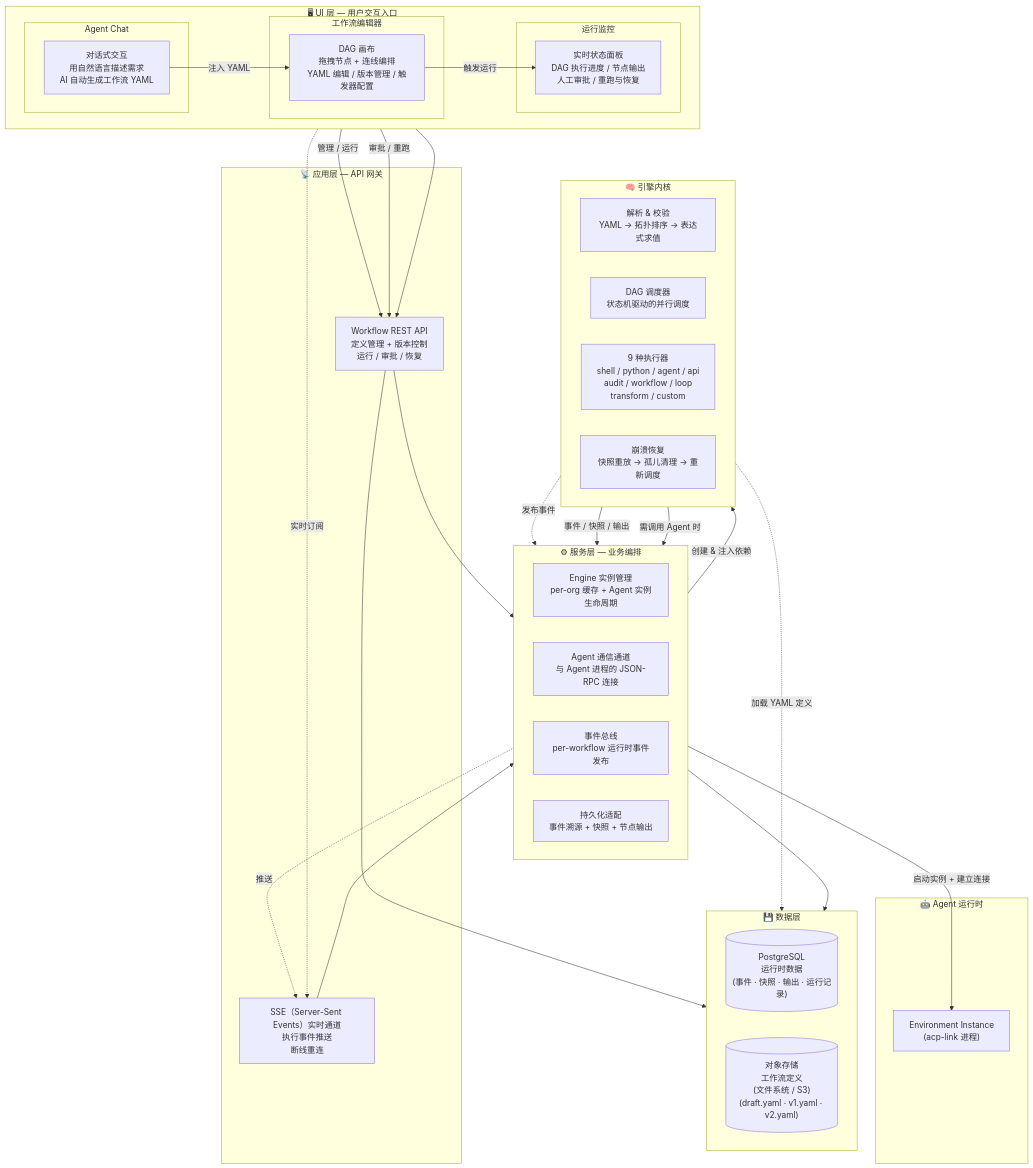
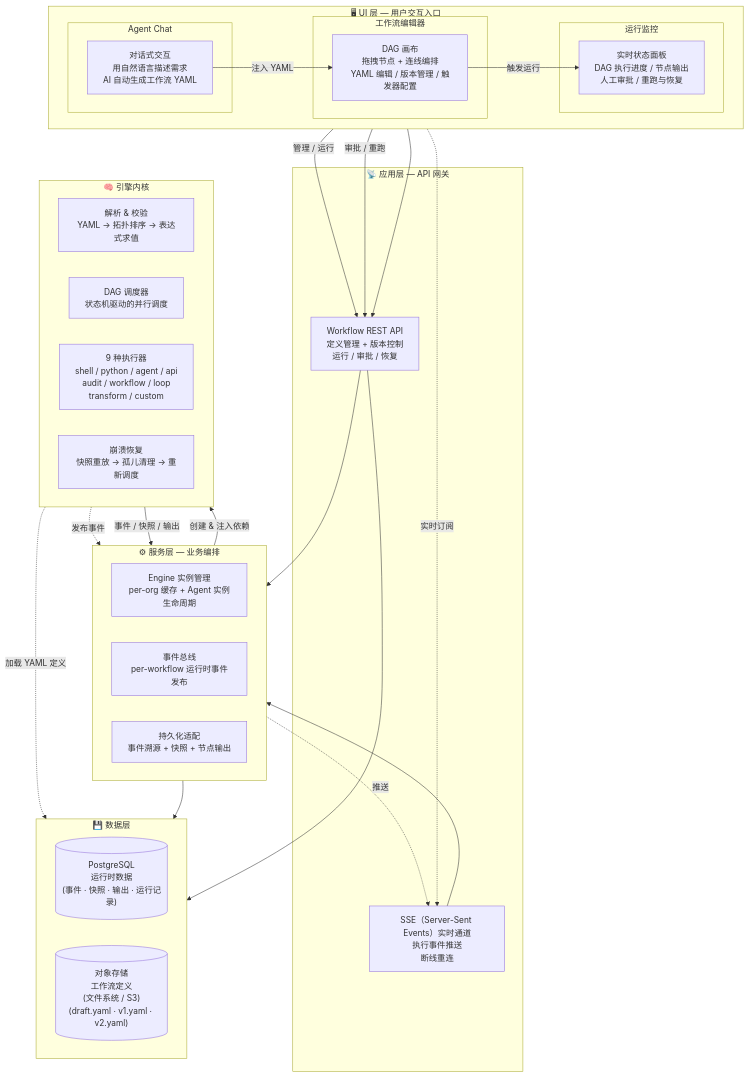
One commit to HuangPuStar/FenixAgent changed the first of 11 diagrams in docs/developer/arch/workflow-architecture.md. Above: the diagram before and after it, drawn with Mermaid. The commit also changed other lines of this file and 10 other files, not shown here.

Commit message:
feat(api): add workflow execute API schemas

````diff
--- a/docs/developer/arch/workflow-architecture.md
+++ b/docs/developer/arch/workflow-architecture.md
@@ -11,78 +11,69 @@
 ```mermaid
 graph TB
     subgraph UI["🖥 UI 层 — 用户交互入口"]
         direction LR
 
         subgraph UI_DAG["工作流编辑器"]
             DAG_EDITOR["DAG 画布<br/>拖拽节点 + 连线编排<br/>YAML 编辑 / 版本管理 / 触发器配置"]
         end
 
         subgraph UI_CHAT["Agent Chat"]
             CHAT["对话式交互<br/>用自然语言描述需求<br/>AI 自动生成工作流 YAML"]
         end
 
         subgraph UI_MONITOR["运行监控"]
             MONITOR["实时状态面板<br/>DAG 执行进度 / 节点输出<br/>人工审批 / 重跑与恢复"]
         end
 
         CHAT -->|"注入 YAML"| DAG_EDITOR
         DAG_EDITOR -->|"触发运行"| MONITOR
     end
 
     subgraph API["📡 应用层 — API 网关"]
         API_REST["Workflow REST API<br/>定义管理 + 版本控制<br/>运行 / 审批 / 恢复"]
         API_SSE["SSE（Server-Sent Events）实时通道<br/>执行事件推送<br/>断线重连"]
     end
 
     subgraph SVC["⚙ 服务层 — 业务编排"]
         direction LR
         FACTORY["Engine 实例管理<br/>per-org 缓存 + Agent 实例生命周期"]
-        TRANSPORT["Agent 通信通道<br/>与 Agent 进程的 JSON-RPC 连接"]
         EVENTBUS["事件总线<br/>per-workflow 运行时事件发布"]
         STORAGE["持久化适配<br/>事件溯源 + 快照 + 节点输出"]
     end
 
     subgraph ENGINE["🧠 引擎内核"]
         direction LR
         PARSE["解析 & 校验<br/>YAML → 拓扑排序 → 表达式求值"]
         SCHEDULER["DAG 调度器<br/>状态机驱动的并行调度"]
         EXECUTORS["9 种执行器<br/>shell / python / agent / api<br/>audit / workflow / loop<br/>transform / custom"]
         RECOV["崩溃恢复<br/>快照重放 → 孤儿清理 → 重新调度"]
     end
 
     subgraph DATA["💾 数据层"]
         direction LR
         PG[("PostgreSQL<br/>运行时数据<br/>(事件 · 快照 · 输出 · 运行记录)")]
         FS[("对象存储<br/>工作流定义<br/>(文件系统 / S3)<br/>(draft.yaml · v1.yaml · v2.yaml)")]
-    end
-
-    subgraph AGENT["🤖 Agent 运行时"]
-        INSTANCE["Environment Instance<br/>(acp-link 进程)"]
     end
 
     %% UI → API
     DAG_EDITOR -->|"管理 / 运行"| API_REST
     MONITOR -.->|"实时订阅"| API_SSE
     MONITOR -->|"审批 / 重跑"| API_REST
 
     %% API → SVC
     API_REST --> FACTORY
     API_SSE --> EVENTBUS
 
     %% SVC ↔ Engine
     FACTORY -->|"创建 & 注入依赖"| ENGINE
     SCHEDULER -.->|"发布事件"| EVENTBUS
     EVENTBUS -.->|"推送"| API_SSE
 
     %% Engine → Data
     SCHEDULER -->|"事件 / 快照 / 输出"| STORAGE
     STORAGE --> PG
     PARSE -.->|"加载 YAML 定义"| FS
 
-    %% Engine → Agent (agent 节点执行路径)
-    EXECUTORS -->|"需调用 Agent 时"| TRANSPORT
-    TRANSPORT -->|"启动实例 + 建立连接"| INSTANCE
-
     %% YAML 持久化：编辑器通过 API 写入存储层
     DAG_EDITOR --> API_REST --> FS
 ```
````
